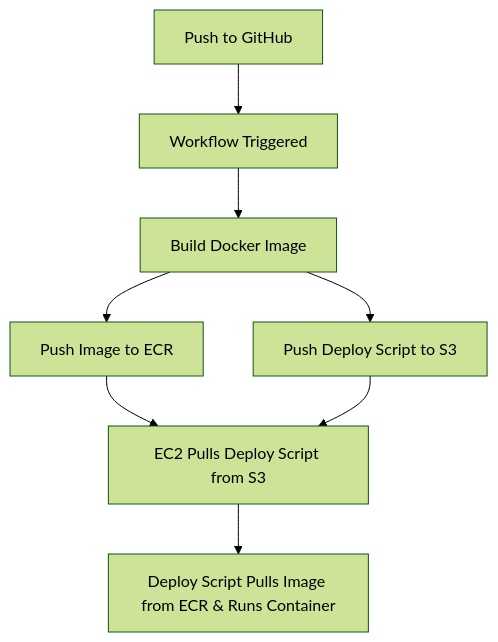
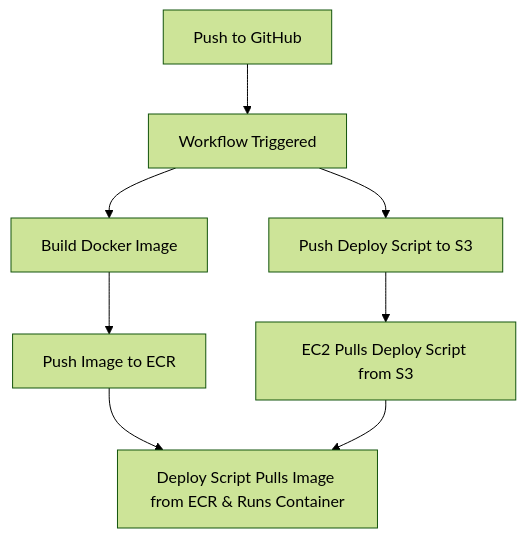
One commit to MonkeyScourge/practice-ci-cd-pipeline changed the diagram in README.md. Above: the diagram before and after it, drawn with Mermaid (forest theme).

Commit message:
[skip ci] updated Architecture diagram in README.md

````diff
--- a/README.md
+++ b/README.md
@@ -11,10 +11,10 @@
 ```mermaid
 flowchart TD
     A[Push to GitHub] --> B[Workflow Triggered]
     B --> C[Build Docker Image]
     C --> D[Push Image to ECR]
-    C --> E[Push Deploy Script to S3]
-    D --> F[EC2 Pulls Deploy Script from S3]
-    E --> F
-    F --> G[Deploy Script Pulls Image from ECR & Runs Container]
+    B --> E[Push Deploy Script to S3]
+    E --> F[EC2 Pulls Deploy Script from S3]
+    D --> G[Deploy Script Pulls Image from ECR & Runs Container]
+    F --> G
 ```
````
